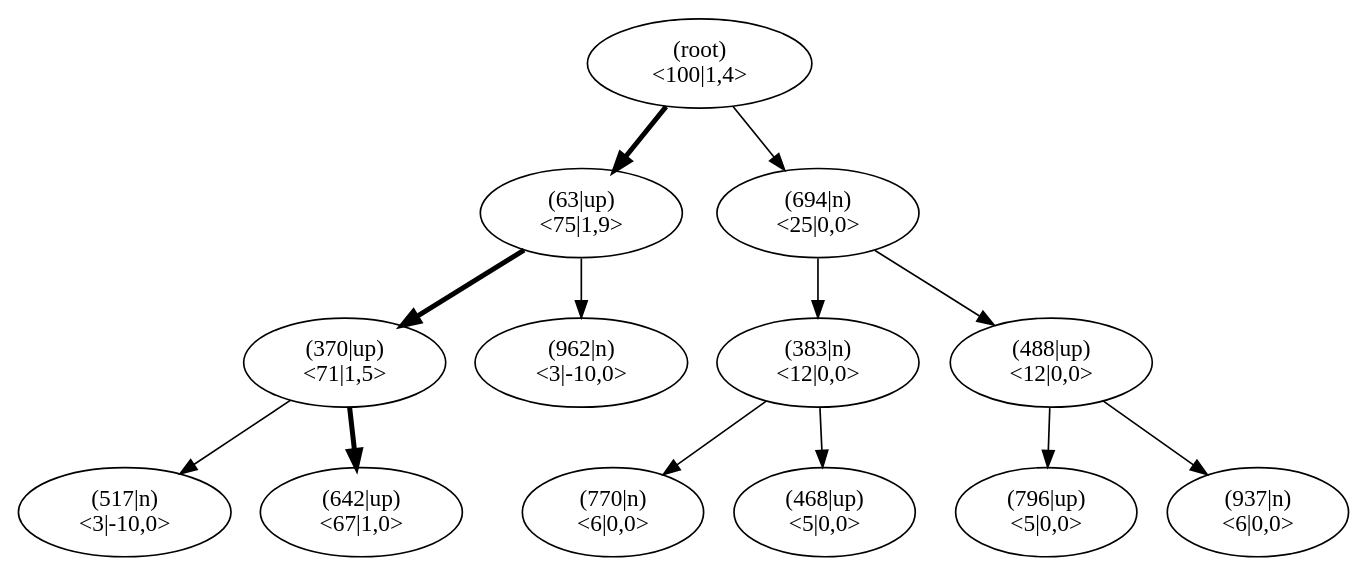
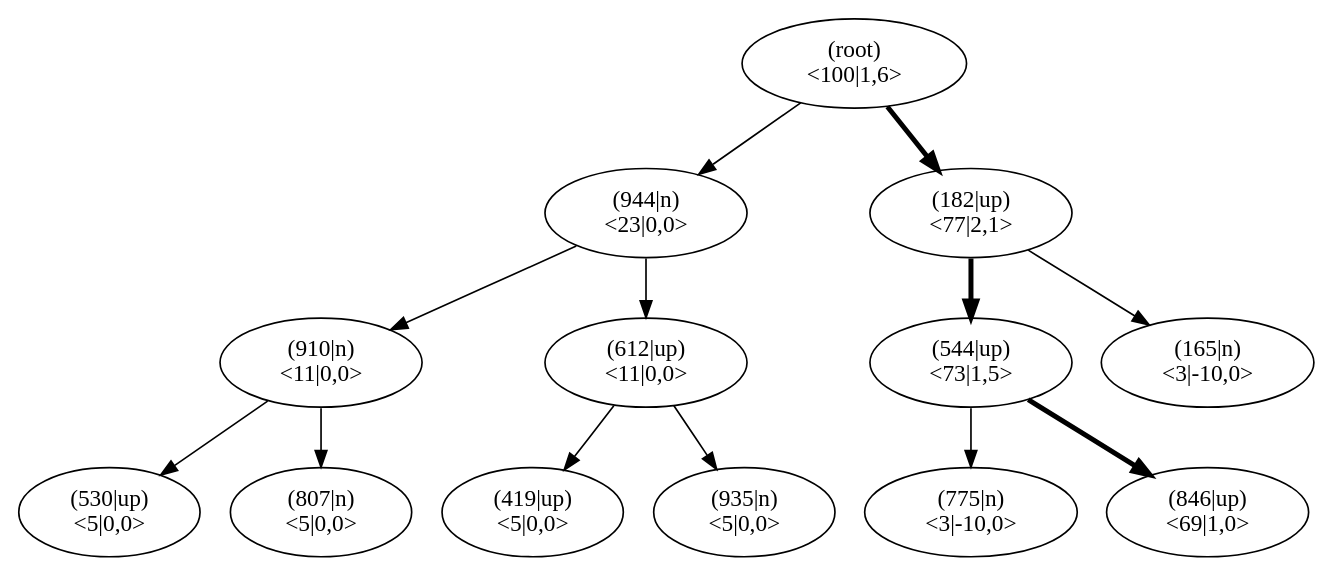
One commit to JonasHellgren/relexp-java changed the diagram in pictures/ch13/climb_mctsHUNDREDiterHIGHEXP_NOTDEFBACKUP.dot. Above: the diagram before and after it, drawn with Graphviz. The commit also changed 14 other files, not shown here.

```diff
--- a/pictures/ch13/climb_mctsHUNDREDiterHIGHEXP_NOTDEFBACKUP.dot
+++ b/pictures/ch13/climb_mctsHUNDREDiterHIGHEXP_NOTDEFBACKUP.dot
@@ -1,41 +1,41 @@
 digraph MCTS {
 node [shape=ellipse];
 Nroot [label="(root)
-<100|1,4>"];
-Nroot -> N63[penwidth=3];
-N63 [label="(63|up)
-<75|1,9>"];
-N63 -> N370[penwidth=3];
-N370 [label="(370|up)
-<71|1,5>"];
-N370 -> N517[penwidth=1];
-N517 [label="(517|n)
+<100|1,6>"];
+Nroot -> N944[penwidth=1];
+N944 [label="(944|n)
+<23|0,0>"];
+N944 -> N910[penwidth=1];
+N910 [label="(910|n)
+<11|0,0>"];
+N910 -> N530[penwidth=1];
+N530 [label="(530|up)
+<5|0,0>"];
+N910 -> N807[penwidth=1];
+N807 [label="(807|n)
+<5|0,0>"];
+N944 -> N612[penwidth=1];
+N612 [label="(612|up)
+<11|0,0>"];
+N612 -> N419[penwidth=1];
+N419 [label="(419|up)
+<5|0,0>"];
+N612 -> N935[penwidth=1];
+N935 [label="(935|n)
+<5|0,0>"];
+Nroot -> N182[penwidth=3];
+N182 [label="(182|up)
+<77|2,1>"];
+N182 -> N544[penwidth=3];
+N544 [label="(544|up)
+<73|1,5>"];
+N544 -> N775[penwidth=1];
+N775 [label="(775|n)
 <3|-10,0>"];
-N370 -> N642[penwidth=3];
-N642 [label="(642|up)
-<67|1,0>"];
-N63 -> N962[penwidth=1];
-N962 [label="(962|n)
+N544 -> N846[penwidth=3];
+N846 [label="(846|up)
+<69|1,0>"];
+N182 -> N165[penwidth=1];
+N165 [label="(165|n)
 <3|-10,0>"];
-Nroot -> N694[penwidth=1];
-N694 [label="(694|n)
-<25|0,0>"];
-N694 -> N383[penwidth=1];
-N383 [label="(383|n)
-<12|0,0>"];
-N383 -> N770[penwidth=1];
-N770 [label="(770|n)
-<6|0,0>"];
-N383 -> N468[penwidth=1];
-N468 [label="(468|up)
-<5|0,0>"];
-N694 -> N488[penwidth=1];
-N488 [label="(488|up)
-<12|0,0>"];
-N488 -> N796[penwidth=1];
-N796 [label="(796|up)
-<5|0,0>"];
-N488 -> N937[penwidth=1];
-N937 [label="(937|n)
-<6|0,0>"];
 }
```
